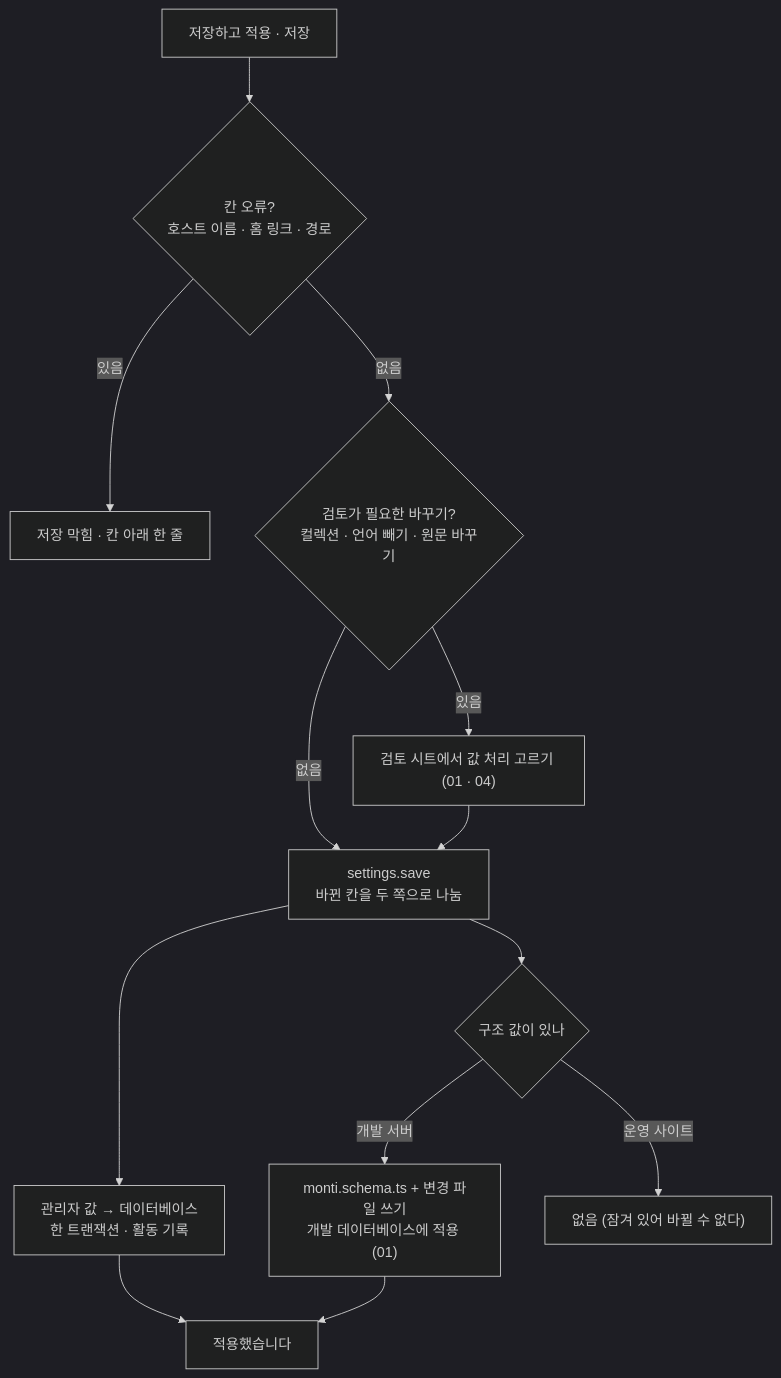
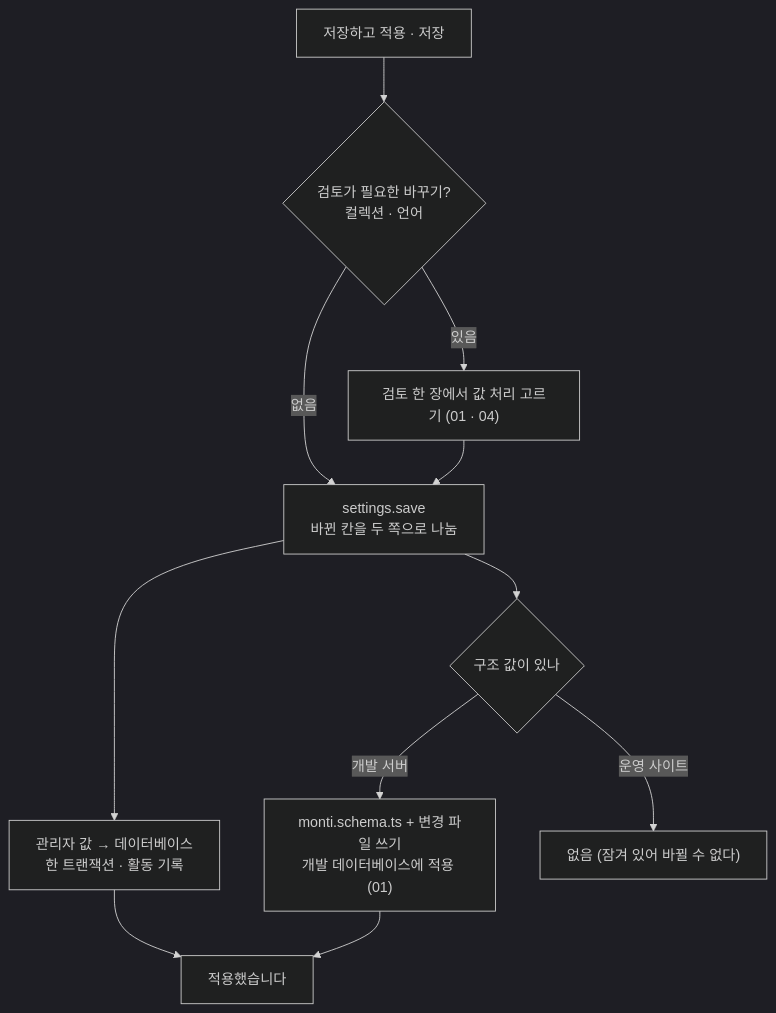
Before and after one commit to monti-cms/monti: the diagram in docs/design/features/12-settings.md, drawn with Mermaid (dark theme). The commit also changed other lines of this file and 15 other files, not shown here.

````diff
--- a/docs/design/features/12-settings.md
+++ b/docs/design/features/12-settings.md
@@ -45,15 +42,13 @@
 ```mermaid
 flowchart TD
-  S["저장하고 적용 · 저장"] --> CK{"칸 오류?<br/>호스트 이름 · 홈 링크 · 경로"}
-  CK -->|있음| BL["저장 막힘 · 칸 아래 한 줄"]
-  CK -->|없음| RV{"검토가 필요한 바꾸기?<br/>컬렉션 · 언어 빼기 · 원문 바꾸기"}
-  RV -->|있음| SH["검토 시트에서 값 처리 고르기 (01 · 04)"]
+  S["저장하고 적용 · 저장"] --> RV{"검토가 필요한 바꾸기?<br/>컬렉션 · 언어"}
+  RV -->|있음| SH["검토 한 장에서 값 처리 고르기 (01 · 04)"]
   RV -->|없음| SP
   SH --> SP["settings.save<br/>바뀐 칸을 두 쪽으로 나눔"]
   SP --> DB["관리자 값 → 데이터베이스<br/>한 트랜잭션 · 활동 기록"]
   SP --> FILE{"구조 값이 있나"}
   FILE -->|개발 서버| W["monti.schema.ts + 변경 파일 쓰기<br/>개발 데이터베이스에 적용 (01)"]
   FILE -->|운영 사이트| X["없음 (잠겨 있어 바뀔 수 없다)"]
   DB --> OK["적용했습니다"]
   W --> OK
 ```
````
